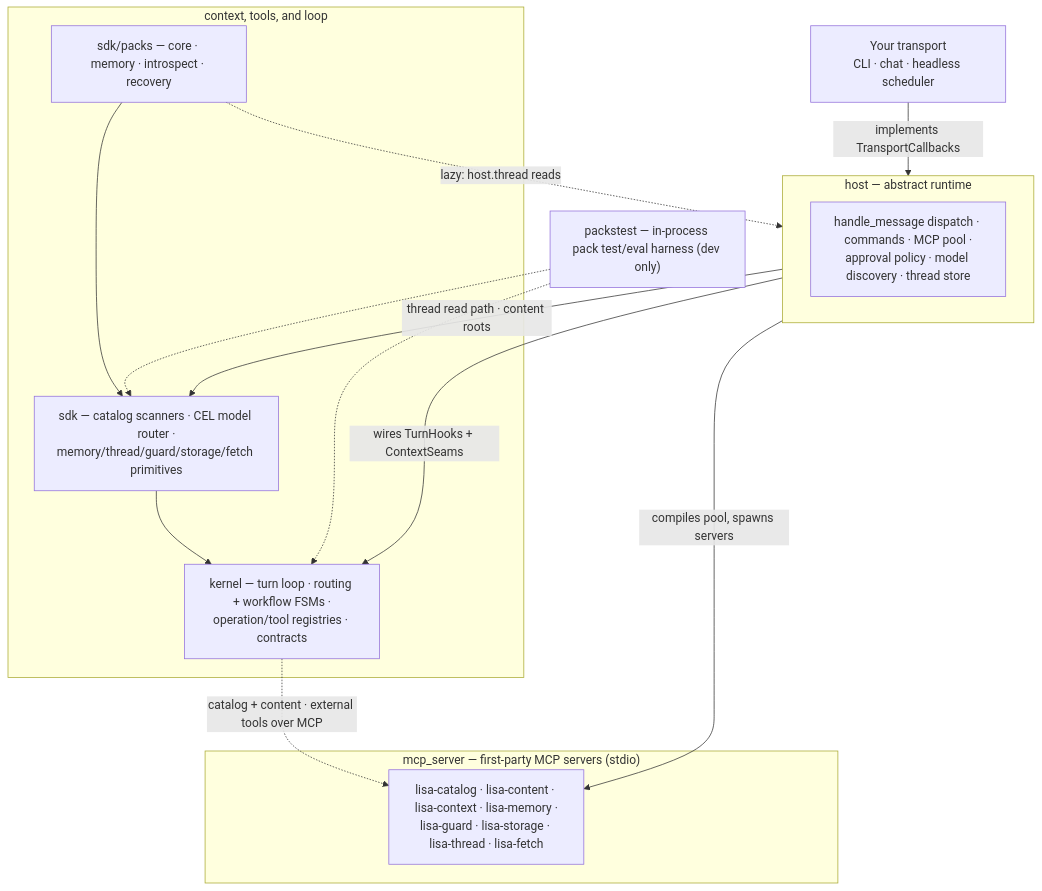
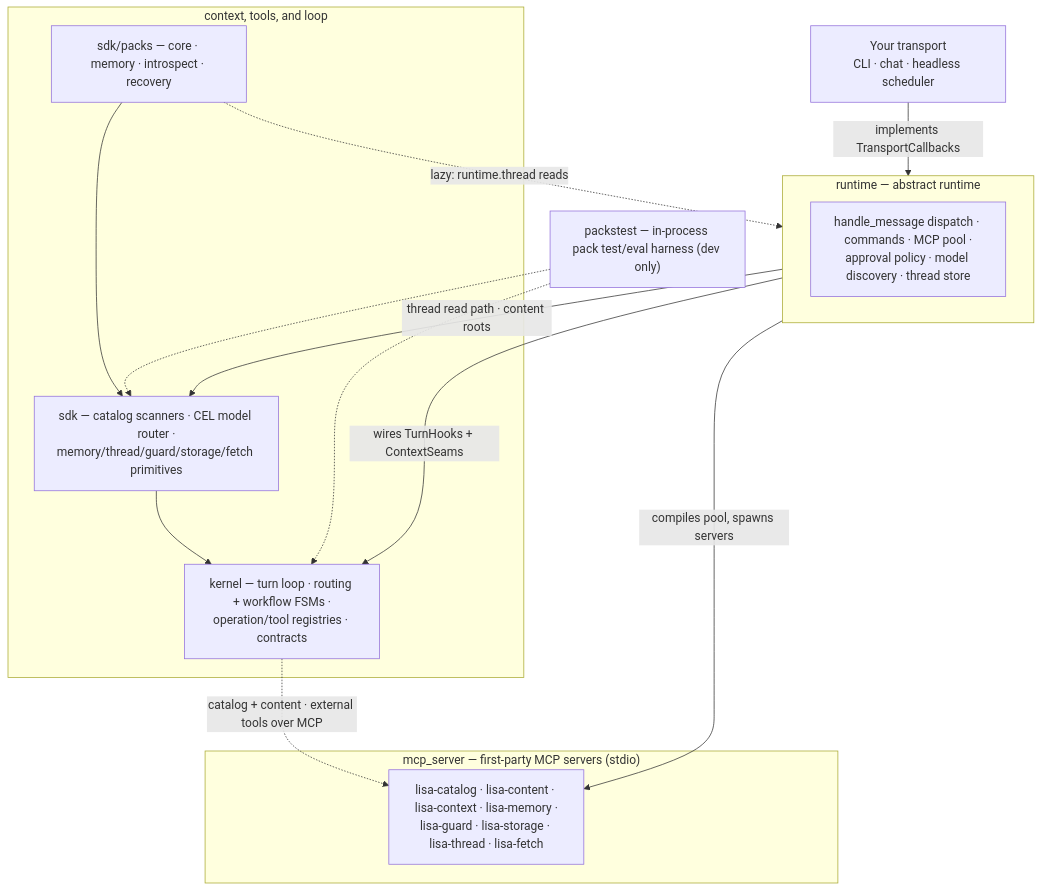
Before and after one commit to Lisa-Harness/lisa: the diagram in README.md, drawn with Mermaid. The commit also changed other lines of this file and 279 other files, not shown here.

Commit message:
Rename host package to runtime

````diff
--- a/README.md
+++ b/README.md
@@ -55,26 +56,26 @@
 ```mermaid
 flowchart TB
-    T["Your transport<br/>CLI · chat · headless scheduler"] -->|"implements TransportCallbacks"| HOST
-    subgraph HOST["host — abstract runtime"]
+    T["Your transport<br/>CLI · chat · headless scheduler"] -->|"implements TransportCallbacks"| RUNTIME
+    subgraph RUNTIME["runtime — abstract runtime"]
         HM["handle_message dispatch · commands · MCP pool ·<br/>approval policy · model discovery · thread store"]
     end
     subgraph CORE["context, tools, and loop"]
         K["kernel — turn loop · routing + workflow FSMs ·<br/>operation/tool registries · contracts"]
         S["sdk — catalog scanners · CEL model router ·<br/>memory/thread/guard/storage/fetch primitives"]
         P["sdk/packs — core · memory · introspect · recovery"]
     end
     subgraph MCPS["mcp_server — first-party MCP servers (stdio)"]
         M["lisa-catalog · lisa-content · lisa-context · lisa-memory ·<br/>lisa-guard · lisa-storage · lisa-thread · lisa-fetch"]
     end
     HARN["packstest — in-process pack test/eval harness (dev only)"]
 
-    HOST -->|"wires TurnHooks + ContextSeams"| K
-    HOST -->|"thread read path · content roots"| S
+    RUNTIME -->|"wires TurnHooks + ContextSeams"| K
+    RUNTIME -->|"thread read path · content roots"| S
     P --> S
     S --> K
-    P -.->|"lazy: host.thread reads"| HOST
-    HOST -->|"compiles pool, spawns servers"| M
+    P -.->|"lazy: runtime.thread reads"| RUNTIME
+    RUNTIME -->|"compiles pool, spawns servers"| M
     K -.->|"catalog + content · external tools over MCP"| M
     HARN -.-> K
     HARN -.-> S
 ```
````
